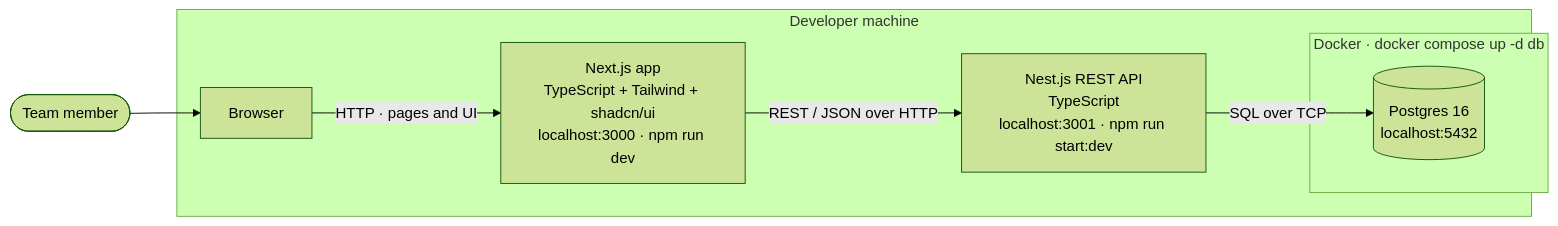
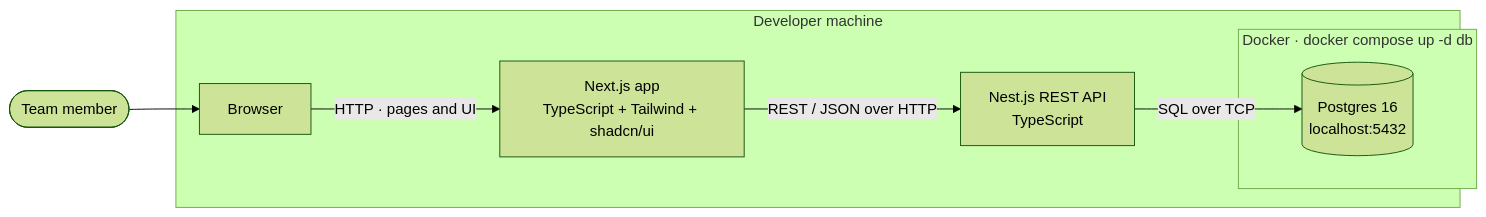
The first of 7 diagrams in docs/diagrams/architecture.md (fredsvanelli/alvorada-test-02), drawn with Mermaid (forest theme) before and after one commit. The commit also changed other lines of this file and 1 other file, not shown here.

````diff
--- a/docs/diagrams/architecture.md
+++ b/docs/diagrams/architecture.md
@@ -14,19 +14,19 @@
 ```mermaid
 flowchart LR
   user(["Team member"])
 
   subgraph host["Developer machine"]
     browser["Browser"]
-    web["Next.js app<br/>TypeScript + Tailwind + shadcn/ui<br/>localhost:3000 · npm run dev"]
-    api["Nest.js REST API<br/>TypeScript<br/>localhost:3001 · npm run start:dev"]
+    web["Next.js app<br/>TypeScript + Tailwind + shadcn/ui"]
+    api["Nest.js REST API<br/>TypeScript"]
 
     subgraph docker["Docker · docker compose up -d db"]
       db[("Postgres 16<br/>localhost:5432")]
     end
   end
 
   user --> browser
   browser -->|"HTTP · pages and UI"| web
   web -->|"REST / JSON over HTTP"| api
   api -->|"SQL over TCP"| db
 ```
````
